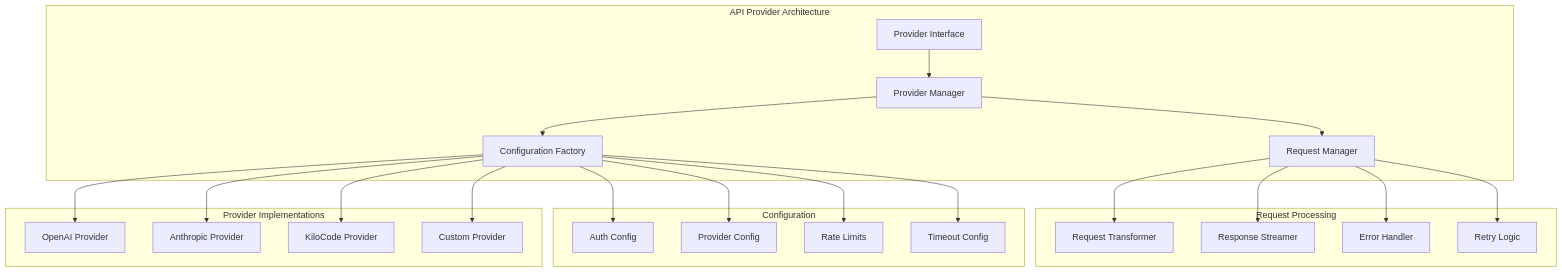
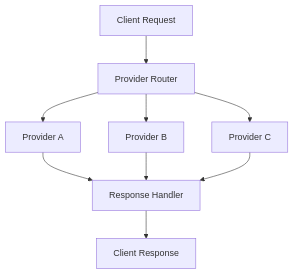
Before and after one commit to mschulkind/kilocode: the diagram in docs/architecture/API_PROVIDER_PATTERNS.md, drawn with Mermaid. The commit also changed other lines of this file and 41 other files, not shown here.

````diff
--- a/docs/architecture/API_PROVIDER_PATTERNS.md
+++ b/docs/architecture/API_PROVIDER_PATTERNS.md
@@ -55,49 +47,11 @@
 ```mermaid
 graph TB
-    subgraph "API Provider Architecture"
-        PI[Provider Interface]
-        PM[Provider Manager]
-        CF[Configuration Factory]
-        RM[Request Manager]
-    end
-
-    subgraph "Provider Implementations"
-        OAI[OpenAI Provider]
-        ANT[Anthropic Provider]
-        KC[KiloCode Provider]
-        CUSTOM[Custom Provider]
-    end
-
-    subgraph "Request Processing"
-        RT[Request Transformer]
-        RS[Response Streamer]
-        EH[Error Handler]
-        RL[Retry Logic]
-    end
-
-    subgraph "Configuration"
-        AC[Auth Config]
-        PC[Provider Config]
-        RC[Rate Limits]
-        TC[Timeout Config]
-    end
-
-    PI --> PM
-    PM --> CF
-    PM --> RM
-
-    CF --> OAI
-    CF --> ANT
-    CF --> KC
-    CF --> CUSTOM
-
-    RM --> RT
-    RM --> RS
-    RM --> EH
-    RM --> RL
-
-    CF --> AC
-    CF --> PC
-    CF --> RC
-    CF --> TC
+    A[Client Request] --> B[Provider Router]
+    B --> C[Provider A]
+    B --> D[Provider B]
+    B --> E[Provider C]
+    C --> F[Response Handler]
+    D --> F
+    E --> F
+    F --> G[Client Response]
 ```
````
